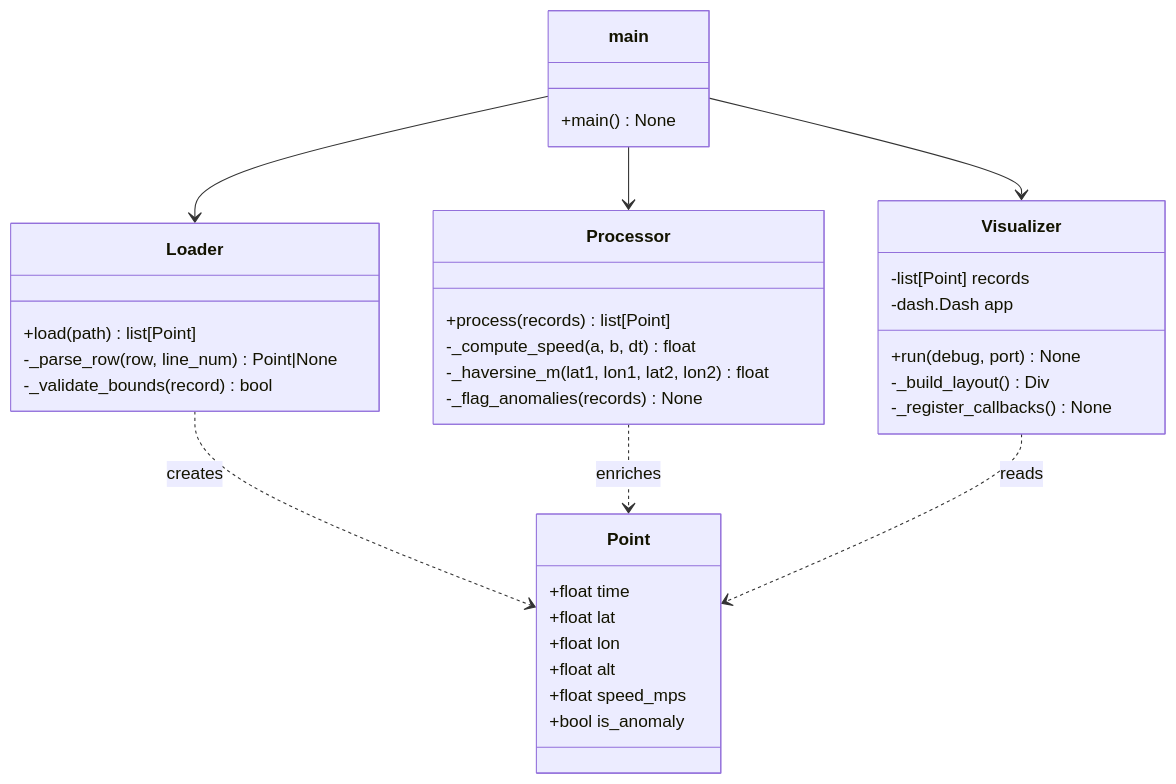
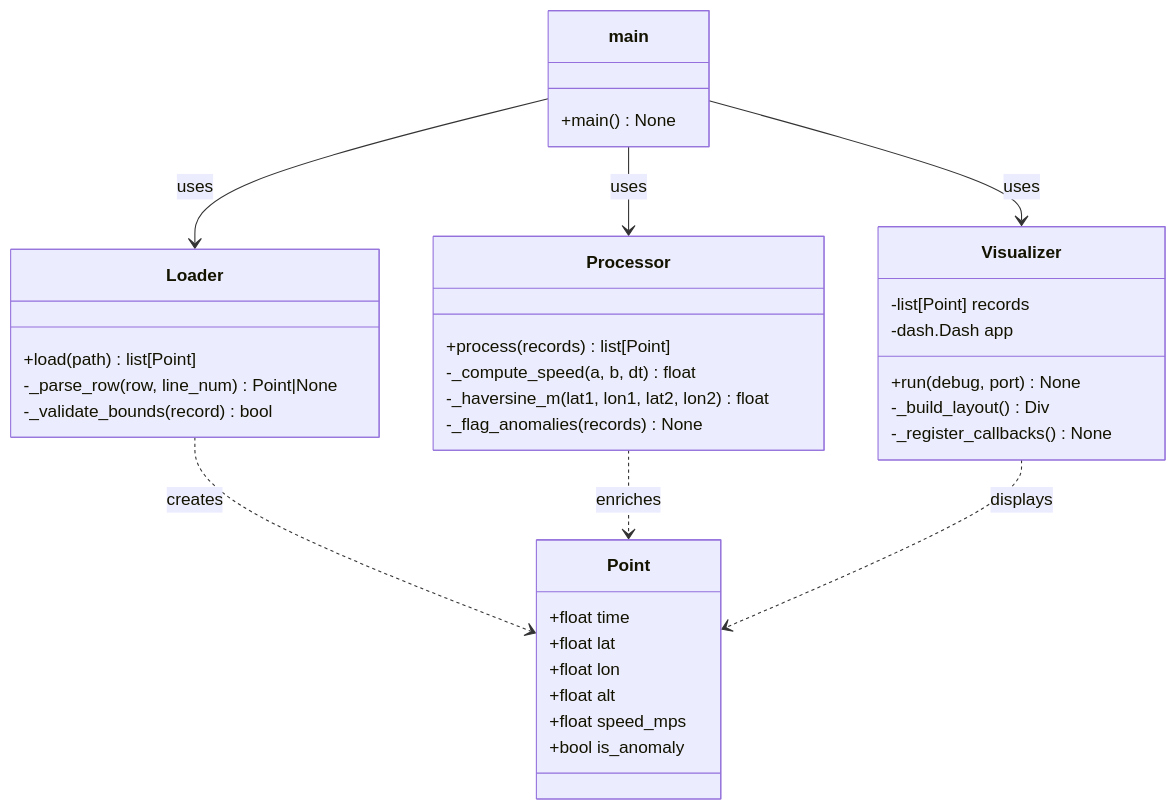
The diagram in SPEC.md (rafaelaBH/CarTrackVisualizer), drawn with Mermaid before and after one commit.

````diff
--- a/SPEC.md
+++ b/SPEC.md
@@ -103,43 +103,43 @@
 ```mermaid
 classDiagram
     class Point {
         +float time
         +float lat
         +float lon
         +float alt
         +float speed_mps
         +bool is_anomaly
     }
 
     class Loader {
         +load(path) list[Point]
         -_parse_row(row, line_num) Point|None
         -_validate_bounds(record) bool
     }
 
     class Processor {
         +process(records) list[Point]
         -_compute_speed(a, b, dt) float
         -_haversine_m(lat1, lon1, lat2, lon2) float
         -_flag_anomalies(records) None
     }
 
     class Visualizer {
         -list[Point] records
         -dash.Dash app
         +run(debug, port) None
         -_build_layout() Div
         -_register_callbacks() None
     }
 
     class main {
         +main() None
     }
 
     Loader ..> Point : creates
     Processor ..> Point : enriches
-    Visualizer ..> Point : reads
-    main --> Loader
-    main --> Processor
-    main --> Visualizer
+    Visualizer ..> Point : displays
+    main --> Loader : uses
+    main --> Processor : uses
+    main --> Visualizer : uses
 ```
````
